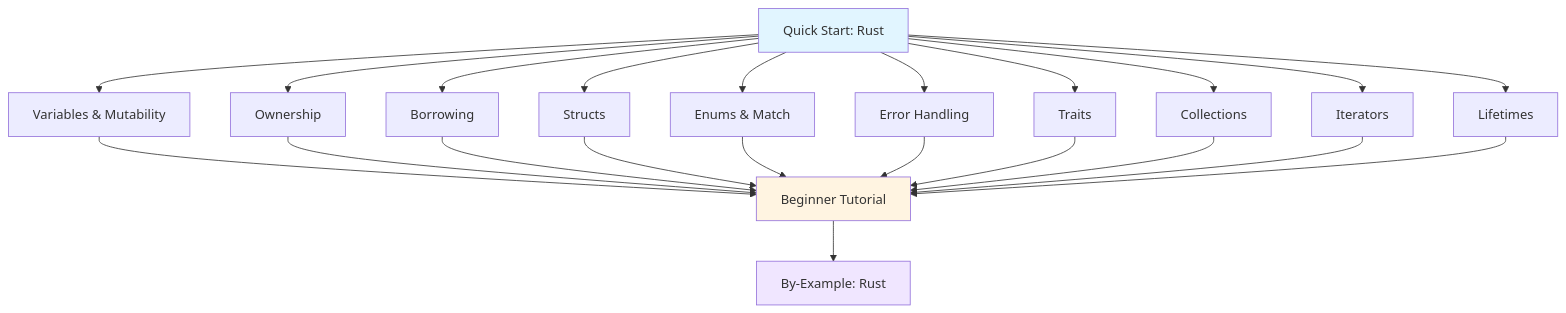
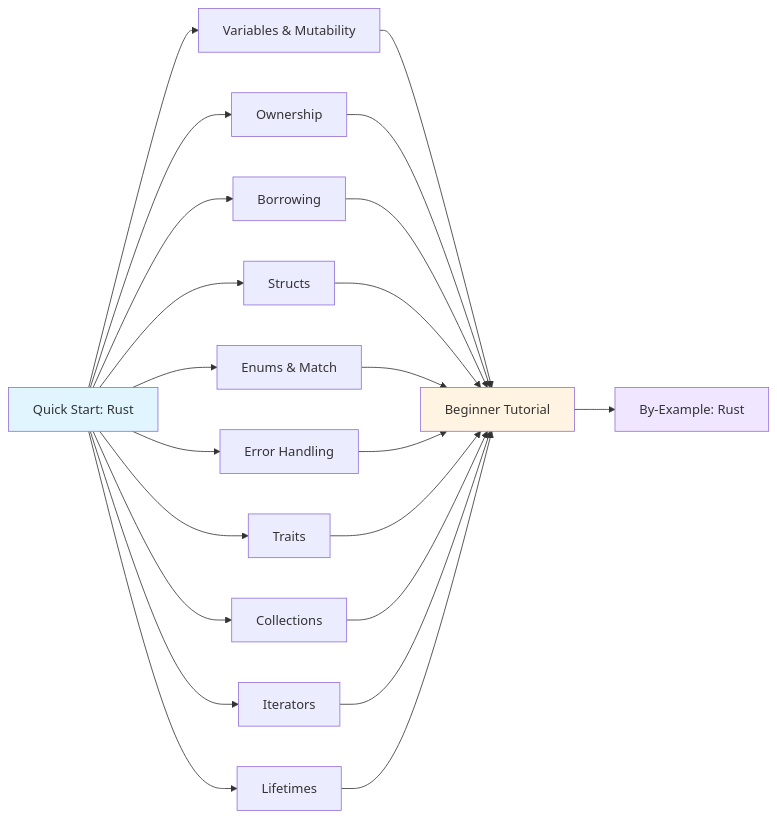
One commit to wahidyankf/baseerah changed the diagram in apps/ayokoding-www/content/en/learn/software-engineering/programming-languages/rust/quick-start.md. Above: the diagram before and after it, drawn with Mermaid. The commit also changed 88 other files, not shown here.

First line of the commit message:
fix(ayokoding-www): resolve pre-existing Mermaid violations, exclude fixtures/plans-done

````diff
--- a/apps/ayokoding-www/content/en/learn/software-engineering/programming-languages/rust/quick-start.md
+++ b/apps/ayokoding-www/content/en/learn/software-engineering/programming-languages/rust/quick-start.md
@@ -38,30 +38,30 @@
 ```mermaid
-graph TD
+graph LR
     A[Quick Start: Rust] --> B[Variables & Mutability]
     A --> C[Ownership]
     A --> D[Borrowing]
     A --> E[Structs]
     A --> F[Enums & Match]
     A --> G[Error Handling]
     A --> H[Traits]
     A --> I[Collections]
     A --> J[Iterators]
     A --> K[Lifetimes]
 
     B --> L[Beginner Tutorial]
     C --> L
     D --> L
     E --> L
     F --> L
     G --> L
     H --> L
     I --> L
     J --> L
     K --> L
 
     L --> M[By-Example: Rust]
 
     style A fill:#e1f5ff
     style L fill:#fff4e1
     style M fill:#f0e6ff
 ```
````
